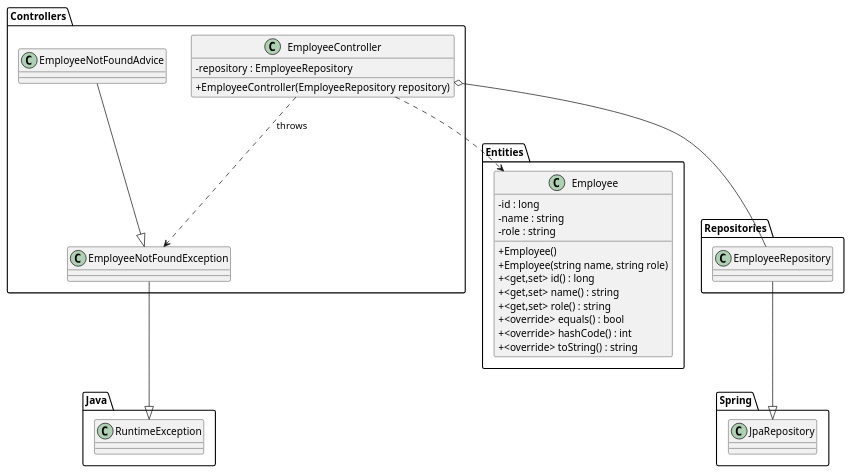
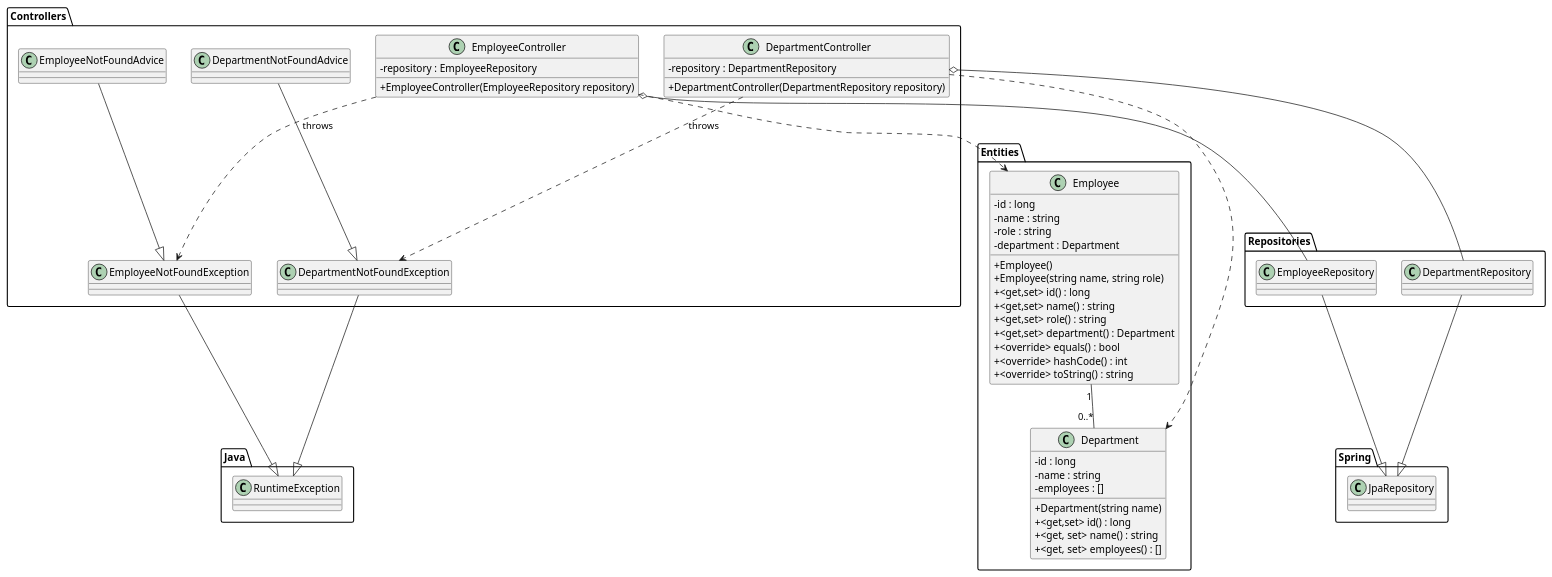
Before and after one commit to diogof648-dev/VIR1_Payroll: the diagram in docs/classDiagram.puml, drawn with PlantUML.

Commit message:
docs: Add Department related to class diagram

```diff
--- a/docs/classDiagram.puml
+++ b/docs/classDiagram.puml
@@ -1,57 +1,93 @@
 @startuml
 
 skinparam classAttributeIconSize 0
 
 'packages
 package "Controllers"
 {
     class EmployeeController{
         - repository : EmployeeRepository
         + EmployeeController(EmployeeRepository repository)
     }
     class EmployeeNotFoundAdvice{}
     class EmployeeNotFoundException{}
+
+    class DepartmentController{
+        - repository : DepartmentRepository
+        + DepartmentController(DepartmentRepository repository)
+    }
+
+    class DepartmentNotFoundAdvice{}
+    class DepartmentNotFoundException{}
 }
 
 package "Entities"
 {
     class Employee{
         - id : long
         - name : string
         - role : string
+        - department : Department
         + Employee()
         + Employee(string name, string role)
         + <get,set> id() : long
         + <get,set> name() : string
         + <get,set> role() : string
+        + <get,set> department() : Department
         + <override> equals() : bool
         + <override> hashCode() : int
         + <override> toString() : string
+    }
+
+    class Department{
+        - id : long
+        - name : string
+        - employees : []
+        + Department(string name)
+        + <get,set> id() : long
+        + <get, set> name() : string
+        + <get, set> employees() : []
     }
 }
 
 package "Repositories"
 {
     class EmployeeRepository{}
+    class DepartmentRepository{}
 }
 
 package "Java"
 {
     class RuntimeException{}
 }
 
 package "Spring"
 {
     class JpaRepository{}
 }
 
 'relations
 EmployeeController ..> Employee
 EmployeeController o-- EmployeeRepository
 
 EmployeeController ..> EmployeeNotFoundException : throws
 EmployeeNotFoundAdvice --^ EmployeeNotFoundException
 EmployeeNotFoundException --^ RuntimeException
 
 EmployeeRepository --^ JpaRepository
+
+
+
+DepartmentController ..> Department
+DepartmentController o-- DepartmentRepository
+
+DepartmentController ..> DepartmentNotFoundException : throws
+DepartmentNotFoundAdvice --^ DepartmentNotFoundException
+DepartmentNotFoundException --^ RuntimeException
+
+DepartmentRepository --^ JpaRepository
+
+
+
+Employee "1" -- "0..*" Department
 @enduml
```
